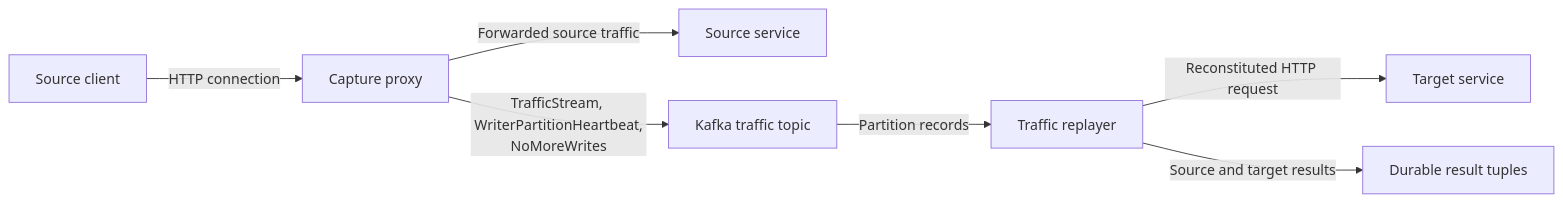
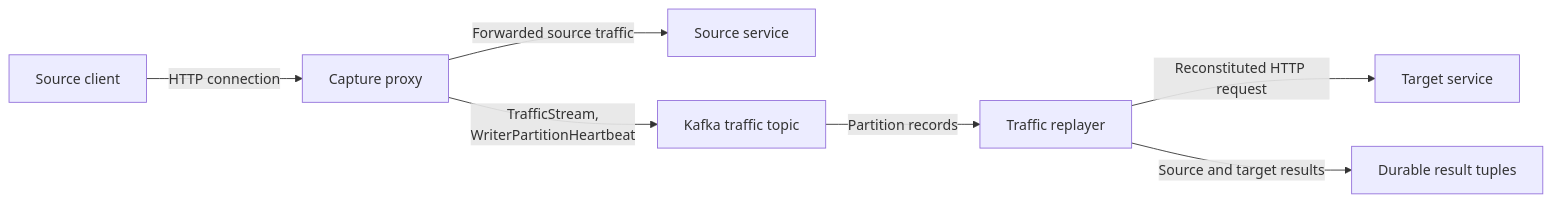
The first of 3 diagrams in docs/captureAndReplayArchitecture.md (opensearch-project/opensearch-migrations), drawn with Mermaid before and after one commit. The commit also changed other lines of this file and 8 other files, not shown here.

````diff
--- a/docs/captureAndReplayArchitecture.md
+++ b/docs/captureAndReplayArchitecture.md
@@ -62,17 +68,17 @@
 ```mermaid
 flowchart LR
     Client["Source client"]
     Proxy["Capture proxy"]
     Source["Source service"]
     Kafka["Kafka traffic topic"]
     Replayer["Traffic replayer"]
     Target["Target service"]
     Tuples["Durable result tuples"]
 
     Client -->|"HTTP connection"| Proxy
     Proxy -->|"Forwarded source traffic"| Source
-    Proxy -->|"TrafficStream, WriterPartitionHeartbeat,<br/>NoMoreWrites"| Kafka
+    Proxy -->|"TrafficStream,<br/>WriterPartitionHeartbeat"| Kafka
     Kafka -->|"Partition records"| Replayer
     Replayer -->|"Reconstituted HTTP request"| Target
     Replayer -->|"Source and target results"| Tuples
 ```
````
